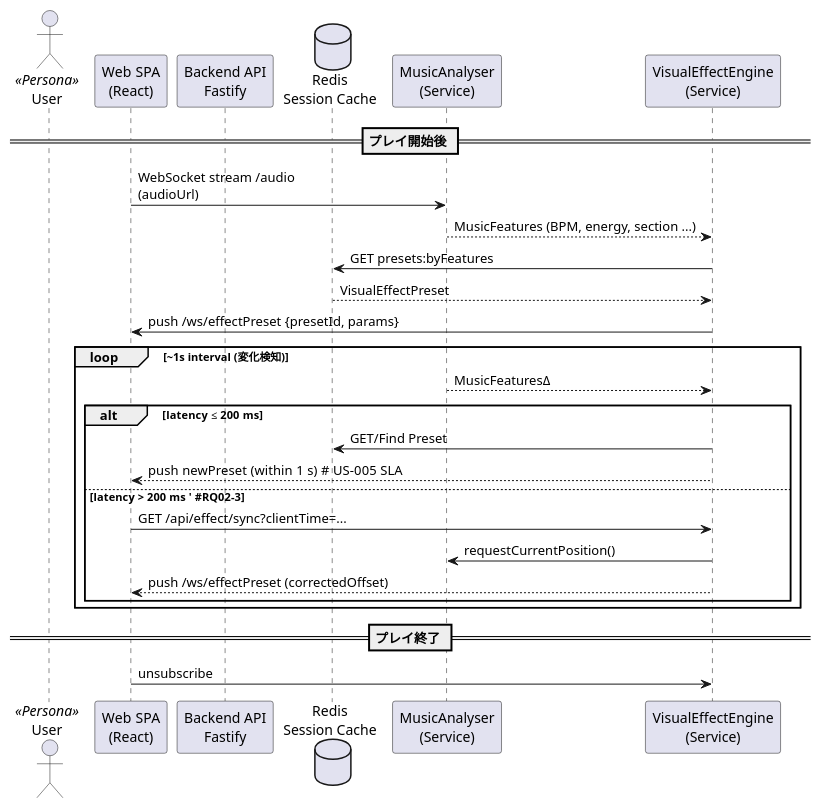
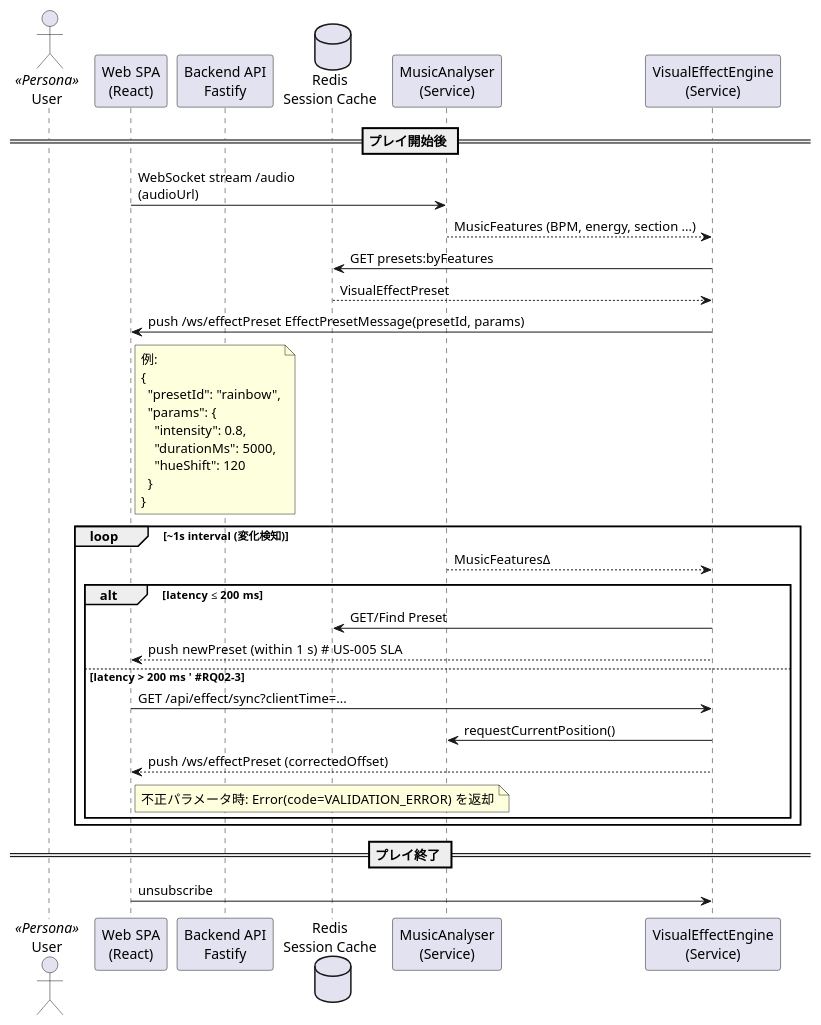
The diagram in docs/03_design/diagrams/sequence/dynamic_fx.puml (u-keiya/play_as_you_like), drawn with PlantUML before and after one commit. The commit also changed 3 other files, not shown here.

```diff
--- a/docs/03_design/diagrams/sequence/dynamic_fx.puml
+++ b/docs/03_design/diagrams/sequence/dynamic_fx.puml
@@ -1,33 +1,47 @@
 @startuml
 ' ==============================================================
 ' Sequence Diagram — Dynamic Visual Effects (#US-002)
 ' ==============================================================
 actor User as user <<Persona>>
 participant "Web SPA\n(React)"            as spa
 participant "Backend API\nFastify"        as api
 database    "Redis\nSession Cache"        as cache
 participant "MusicAnalyser\n(Service)"    as analyser
 participant "VisualEffectEngine\n(Service)" as engine
 
 == プレイ開始後 ==
 spa -> analyser : WebSocket stream /audio\n(audioUrl)
 analyser --> engine : MusicFeatures (BPM, energy, section ...)
 engine -> cache : GET presets:byFeatures
 cache --> engine : VisualEffectPreset
-engine -> spa : push /ws/effectPreset {presetId, params}
+engine -> spa : push /ws/effectPreset EffectPresetMessage(presetId, params)
+note right of spa
+  例:
+  {
+    "presetId": "rainbow",
+    "params": {
+      "intensity": 0.8,
+      "durationMs": 5000,
+      "hueShift": 120
+    }
+  }
+end note
 
 loop ~1s interval (変化検知)
   analyser --> engine : MusicFeaturesΔ
   alt latency ≤ 200 ms
     engine -> cache : GET/Find Preset
     engine --> spa : push newPreset (within 1 s)  # US-005 SLA
   else latency > 200 ms  ' #RQ02-3
     spa -> engine : GET /api/effect/sync?clientTime=...
     engine -> analyser : requestCurrentPosition()
     engine --> spa : push /ws/effectPreset (correctedOffset)
+    note right of spa
+      不正パラメータ時: Error(code=VALIDATION_ERROR) を返却
+    end note
   end
 end
 
 == プレイ終了 ==
 spa -> engine : unsubscribe
 @enduml
```
